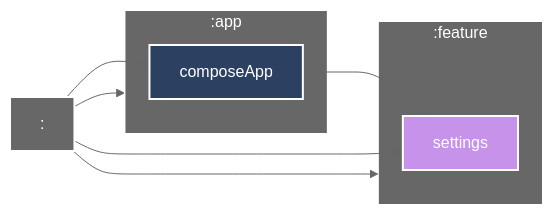
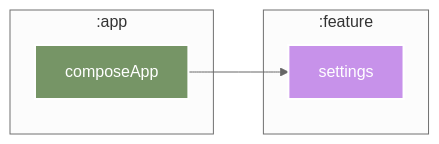
The diagram in README.md (yasanglass/magic), drawn with Mermaid before and after one commit. The commit also changed 1 other file, not shown here.

Commit message:
Improve module graph style

````diff
--- a/README.md
+++ b/README.md
@@ -17,35 +17,25 @@
 ```mermaid
 %%{
   init: {
     'theme': 'neutral'
   }
 }%%
 
 graph LR
-  :app["app"]
-  :feature["feature"]
   subgraph :app
-    :app:composeApp["composeApp"]
     :app:composeApp["composeApp"]
   end
   subgraph :feature
     :feature:settings["settings"]
-    :feature:settings["settings"]
   end
 
   :app:composeApp --> :feature:settings
-  : --> :app
-  : --> :feature
-  : --> :app:composeApp
-  : --> :feature:settings
 
 classDef android-application fill:#2C4162,stroke:#fff,stroke-width:2px,color:#fff;
 classDef kotlin-multiplatform fill:#C792EA,stroke:#fff,stroke-width:2px,color:#fff;
-classDef unknown fill:#676767,stroke:#fff,stroke-width:2px,color:#fff;
 class :app:composeApp android-application
 class :feature:settings kotlin-multiplatform
-class : unknown
-class :app unknown
-class :feature unknown
 
+classDef focus fill:#769566,stroke:#fff,stroke-width:2px,color:#fff;
+class :app:composeApp focus
 ```
````
